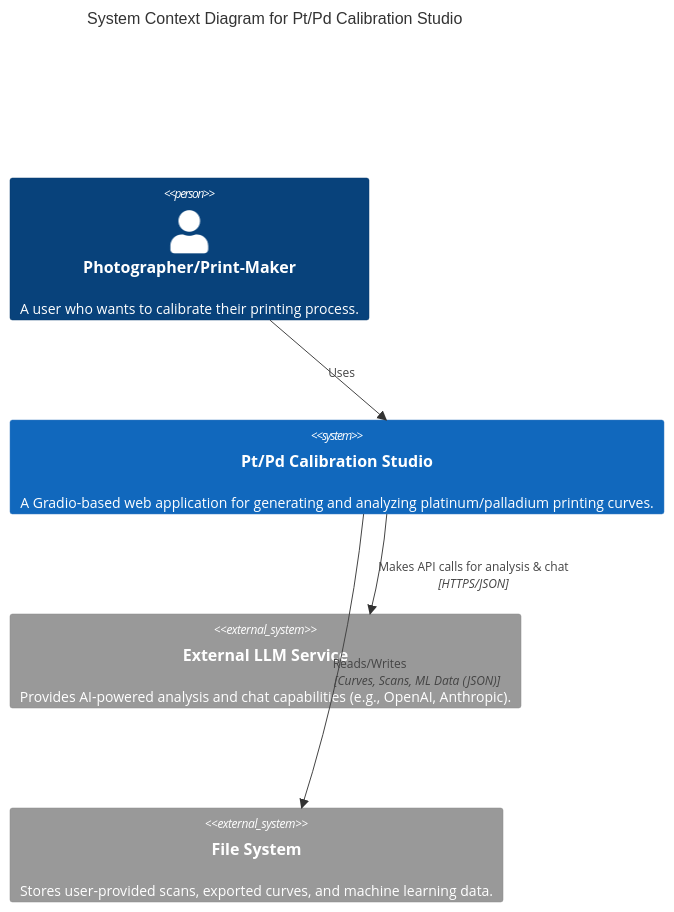
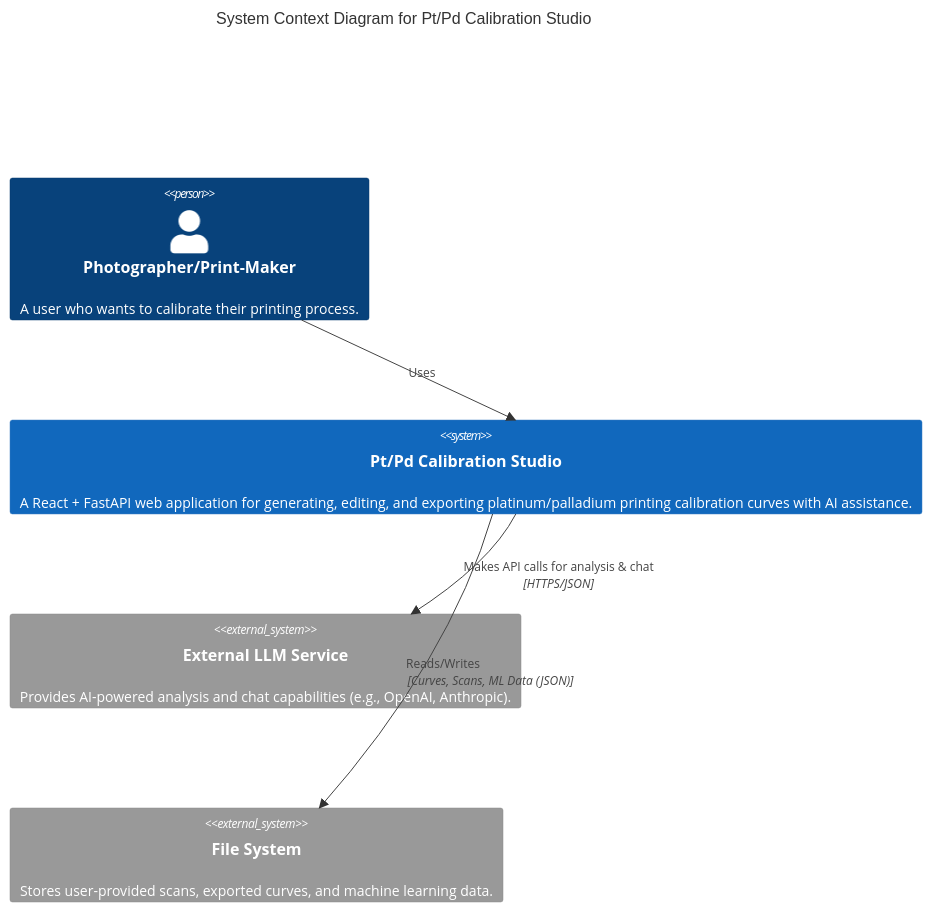
One commit to ianshank/Platinum-Palladium-AI-Printing-Tool changed the first of 6 diagrams in docs/architecture.md. Above: the diagram before and after it, drawn with Mermaid. The commit also changed other lines of this file and 15 other files, not shown here.

````diff
--- a/docs/architecture.md
+++ b/docs/architecture.md
@@ -9,14 +9,14 @@
 ```mermaid
 C4Context
   title System Context Diagram for Pt/Pd Calibration Studio
 
   Person(user, "Photographer/Print-Maker", "A user who wants to calibrate their printing process.")
-  System(app, "Pt/Pd Calibration Studio", "A Gradio-based web application for generating and analyzing platinum/palladium printing curves.")
+  System(app, "Pt/Pd Calibration Studio", "A React + FastAPI web application for generating, editing, and exporting platinum/palladium printing calibration curves with AI assistance.")
 
   System_Ext(llm, "External LLM Service", "Provides AI-powered analysis and chat capabilities (e.g., OpenAI, Anthropic).")
   System_Ext(fs, "File System", "Stores user-provided scans, exported curves, and machine learning data.")
 
   Rel(user, app, "Uses")
   Rel(app, fs, "Reads/Writes", "Curves, Scans, ML Data (JSON)")
   Rel(app, llm, "Makes API calls for analysis & chat", "HTTPS/JSON")
 ```
````
